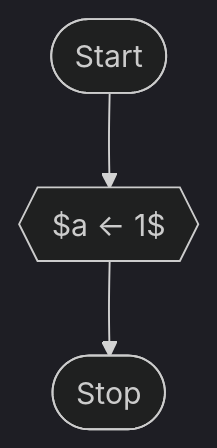
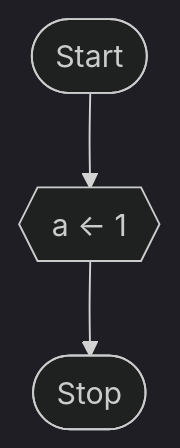
The second of 2 diagrams in flow/examples/README.md (davrot/pytutorial), drawn with Mermaid (dark theme) before and after one commit.

```diff
--- a/flow/examples/README.md
+++ b/flow/examples/README.md
@@ -29,4 +29,4 @@
   <pre class="mermaid">
     flowchart TD
-      start([Start]) --> inita{{$a <- 1$}} -->stop([Stop])
+      start([Start]) --> inita{{"a ← 1"}} -->stop([Stop])
   </pre>
```
